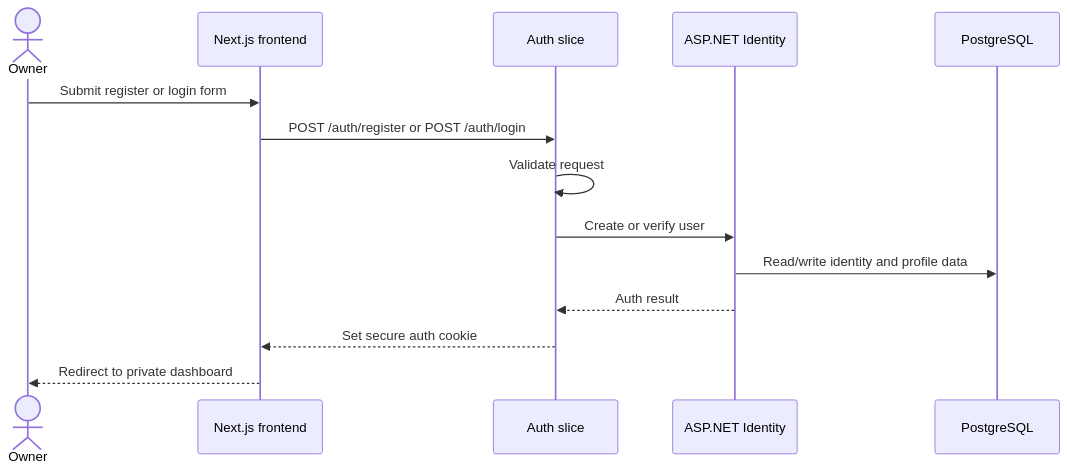
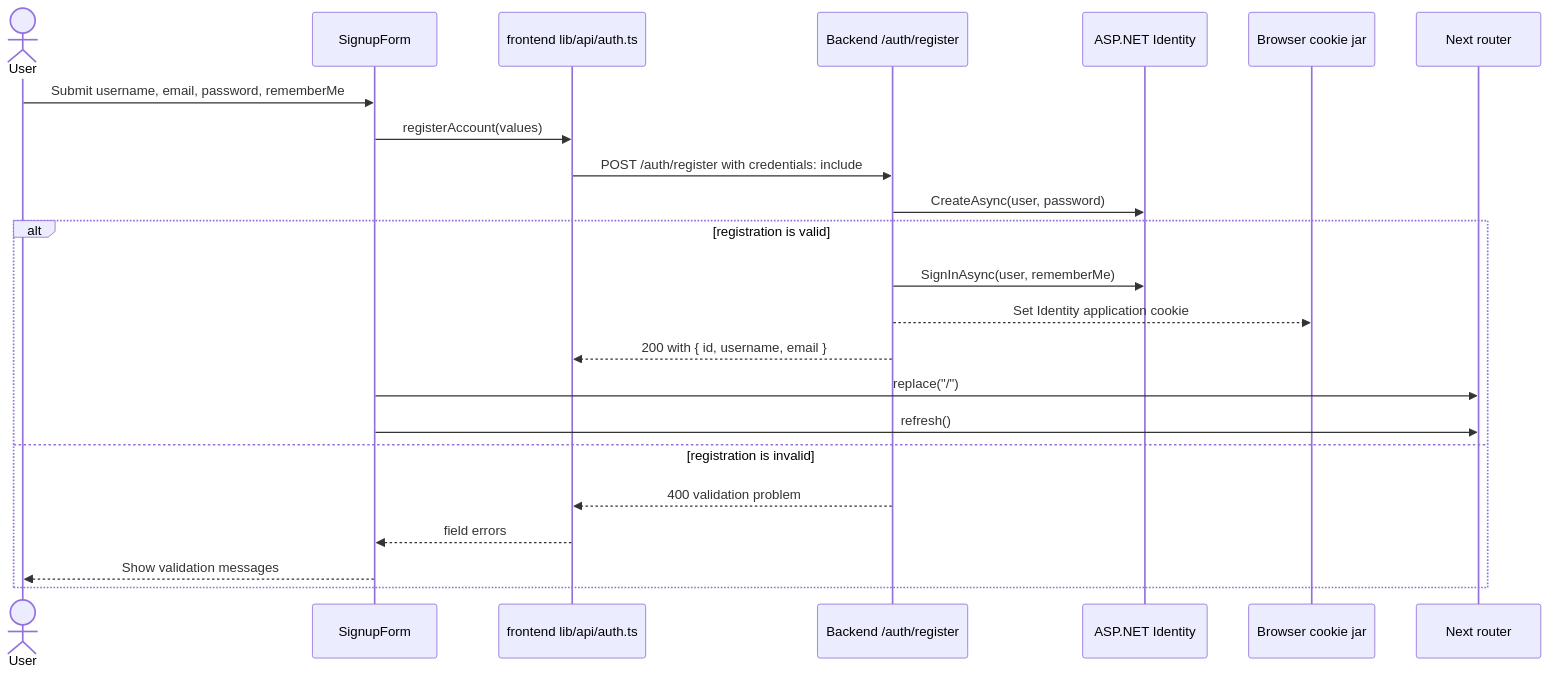
The third of 10 diagrams in docs/diagrams/owner-authentication-flow.md (DPCoderr/NoNeed2Ask), drawn with Mermaid before and after one commit. The commit also changed other lines of this file, not shown here.

Commit message:
docs: update owner authentication flow documentation for clarity and completeness

````diff
--- a/docs/diagrams/owner-authentication-flow.md
+++ b/docs/diagrams/owner-authentication-flow.md
@@ -5,17 +87,27 @@
 ```mermaid
 sequenceDiagram
-    actor Owner
-    participant Web as Next.js frontend
-    participant Api as Auth slice
+    actor User
+    participant SignupForm as SignupForm
+    participant AuthApi as frontend lib/api/auth.ts
+    participant Backend as Backend /auth/register
     participant Identity as ASP.NET Identity
-    participant Db as PostgreSQL
+    participant Browser as Browser cookie jar
+    participant Router as Next router
 
-    Owner->>Web: Submit register or login form
-    Web->>Api: POST /auth/register or POST /auth/login
-    Api->>Api: Validate request
-    Api->>Identity: Create or verify user
-    Identity->>Db: Read/write identity and profile data
-    Identity-->>Api: Auth result
-    Api-->>Web: Set secure auth cookie
-    Web-->>Owner: Redirect to private dashboard
+    User->>SignupForm: Submit username, email, password, rememberMe
+    SignupForm->>AuthApi: registerAccount(values)
+    AuthApi->>Backend: POST /auth/register with credentials: include
+    Backend->>Identity: CreateAsync(user, password)
+
+    alt registration is valid
+        Backend->>Identity: SignInAsync(user, rememberMe)
+        Backend-->>Browser: Set Identity application cookie
+        Backend-->>AuthApi: 200 with { id, username, email }
+        SignupForm->>Router: replace("/")
+        SignupForm->>Router: refresh()
+    else registration is invalid
+        Backend-->>AuthApi: 400 validation problem
+        AuthApi-->>SignupForm: field errors
+        SignupForm-->>User: Show validation messages
+    end
 ```
````
